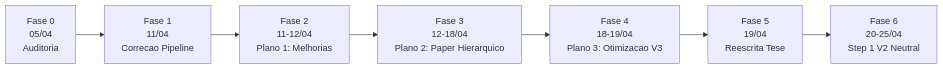
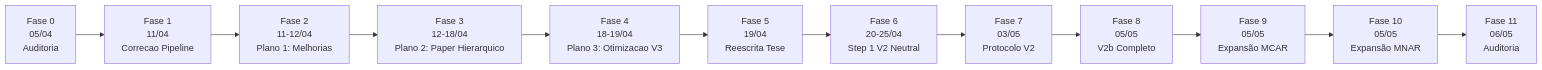
Before and after one commit to JonathanTsen/ITA-Mestrado: the first of 2 diagrams in docs/HISTORICO.md, drawn with Mermaid. The commit also changed other lines of this file and 66 other files, not shown here.

````diff
--- a/docs/HISTORICO.md
+++ b/docs/HISTORICO.md
@@ -22,11 +22,16 @@
 ```mermaid
 flowchart LR
   F0["Fase 0<br/>05/04<br/>Auditoria"]
   F1["Fase 1<br/>11/04<br/>Correcao Pipeline"]
   F2["Fase 2<br/>11-12/04<br/>Plano 1: Melhorias"]
   F3["Fase 3<br/>12-18/04<br/>Plano 2: Paper Hierarquico"]
   F4["Fase 4<br/>18-19/04<br/>Plano 3: Otimizacao V3"]
   F5["Fase 5<br/>19/04<br/>Reescrita Tese"]
   F6["Fase 6<br/>20-25/04<br/>Step 1 V2 Neutral"]
-  F0 --> F1 --> F2 --> F3 --> F4 --> F5 --> F6
+  F7["Fase 7<br/>03/05<br/>Protocolo V2"]
+  F8["Fase 8<br/>05/05<br/>V2b Completo"]
+  F9["Fase 9<br/>05/05<br/>Expansão MCAR"]
+  F10["Fase 10<br/>05/05<br/>Expansão MNAR"]
+  F11["Fase 11<br/>06/05<br/>Auditoria"]
+  F0 --> F1 --> F2 --> F3 --> F4 --> F5 --> F6 --> F7 --> F8 --> F9 --> F10 --> F11
 ```
````
